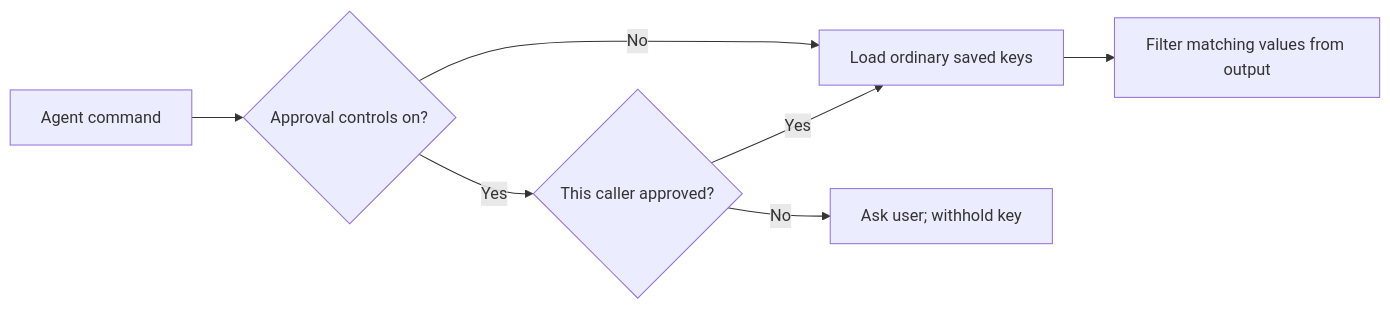
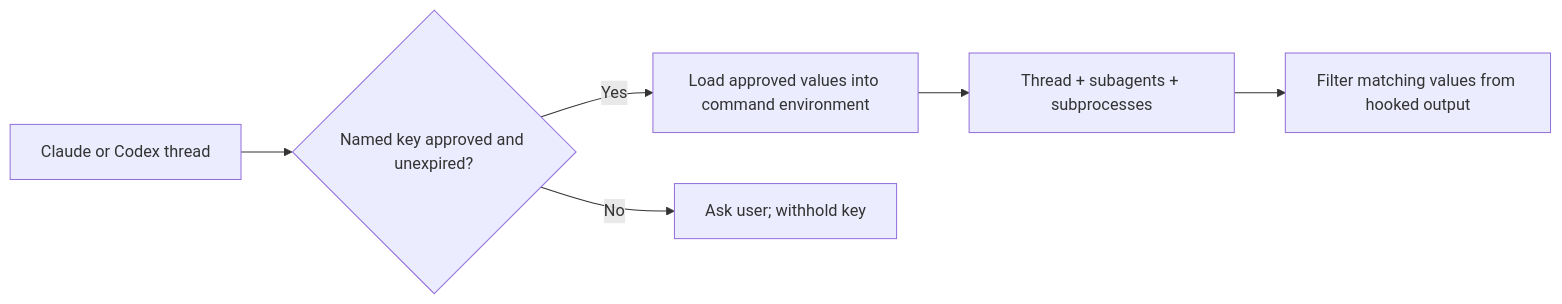
The diagram in README.md (andrsnn/keywarden), drawn with Mermaid before and after one commit. The commit also changed other lines of this file and 14 other files, not shown here.

Commit message:
Default to thread approvals shared with subagents and subprocesses

````diff
--- a/README.md
+++ b/README.md
@@ -101,9 +83,8 @@
 ```mermaid
 flowchart LR
-    A[Agent command] --> B{Approval controls on?}
-    B -->|No| C[Load ordinary saved keys]
-    B -->|Yes| D{This caller approved?}
-    D -->|Yes| C
-    D -->|No| E[Ask user; withhold key]
-    C --> F[Filter matching values from output]
+    A[Claude or Codex thread] --> B{Named key approved and unexpired?}
+    B -->|Yes| C[Load approved values into command environment]
+    B -->|No| D[Ask user; withhold key]
+    C --> E[Thread + subagents + subprocesses]
+    E --> F[Filter matching values from hooked output]
 ```
````
